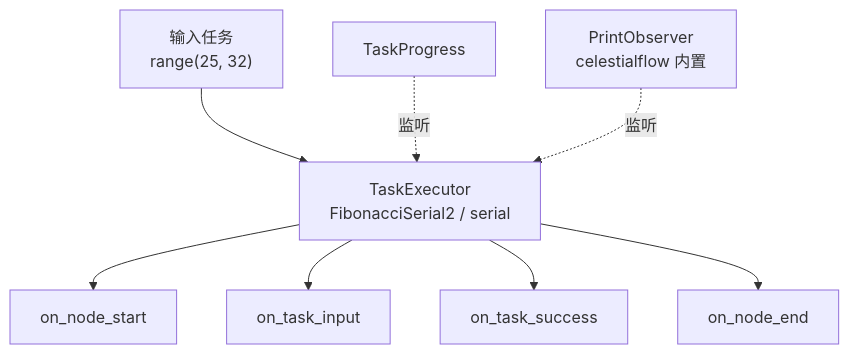
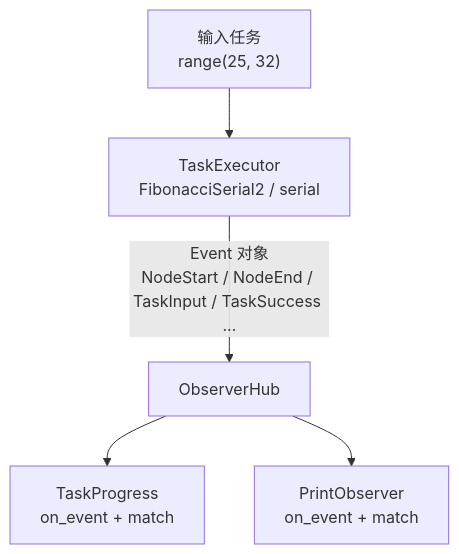
Before and after one commit to Mr-xiaotian/CelestialFlow: the diagram in docs/zh-CN/demo/demo_observer.md, drawn with Mermaid. The commit also changed other lines of this file and 86 other files, not shown here.

````diff
--- a/docs/zh-CN/demo/demo_observer.md
+++ b/docs/zh-CN/demo/demo_observer.md
@@ -25,10 +25,7 @@
 ```mermaid
 flowchart TB
     Input["输入任务<br/>range(25, 32)"] --> Executor["TaskExecutor<br/>FibonacciSerial2 / serial"]
-    Progress["TaskProgress"] -.监听.-> Executor
-    Custom["PrintObserver<br/>celestialflow 内置"] -.监听.-> Executor
-    Executor --> NodeStart["on_node_start"]
-    Executor --> TaskInput["on_task_input"]
-    Executor --> Success["on_task_success"]
-    Executor --> NodeEnd["on_node_end"]
+    Executor -->|"Event 对象<br/>NodeStart / NodeEnd / TaskInput / TaskSuccess ..."| Hub["ObserverHub"]
+    Hub --> Progress["TaskProgress<br/>on_event + match"]
+    Hub --> Print["PrintObserver<br/>on_event + match"]
 ```
````
